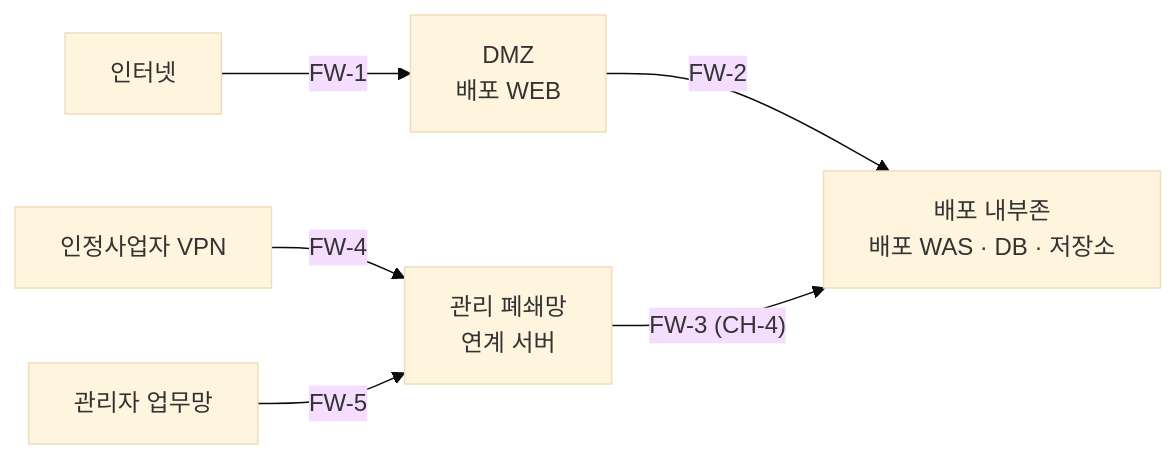
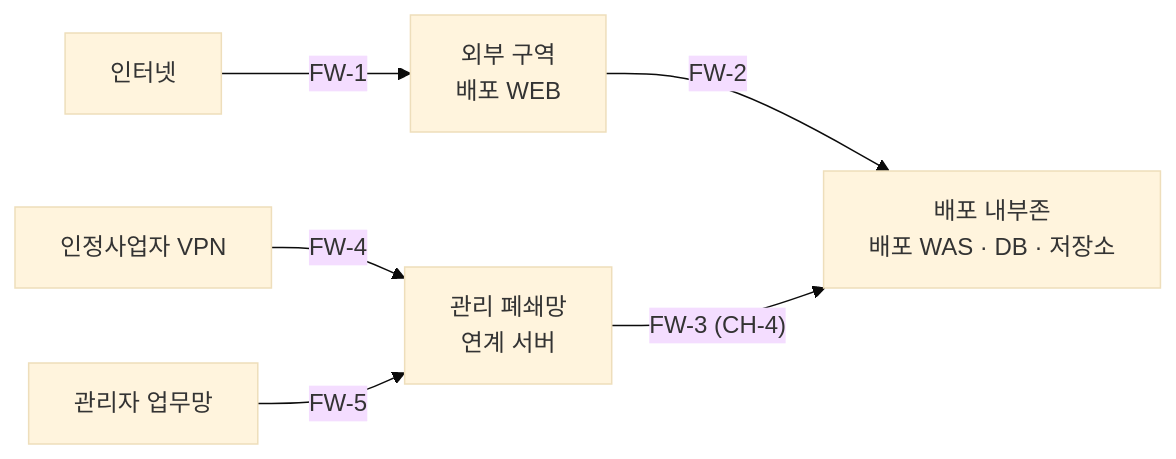
The first of 3 diagrams in docs/design/KR-TL-관리시스템/부록/B-인프라-구성-상세.md (yongsungkim-electcerti/kr-dss), drawn with Mermaid (base theme) before and after one commit. The commit also changed other lines of this file and 4 other files, not shown here.

````diff
--- a/docs/design/KR-TL-관리시스템/부록/B-인프라-구성-상세.md
+++ b/docs/design/KR-TL-관리시스템/부록/B-인프라-구성-상세.md
@@ -46,8 +46,8 @@
 ```mermaid
 flowchart LR
-    I["인터넷"] -- FW-1 --> DMZ["DMZ<br/>배포 WEB"]
-    DMZ -- FW-2 --> DI["배포 내부존<br/>배포 WAS · DB · 저장소"]
+    I["인터넷"] -- FW-1 --> EXTZ["외부 구역<br/>배포 WEB"]
+    EXTZ -- FW-2 --> DI["배포 내부존<br/>배포 WAS · DB · 저장소"]
     M["관리 폐쇄망<br/>연계 서버"] -- "FW-3 (CH-4)" --> DI
     T["인정사업자 VPN"] -- FW-4 --> M
     O["관리자 업무망"] -- FW-5 --> M
 ```
````
